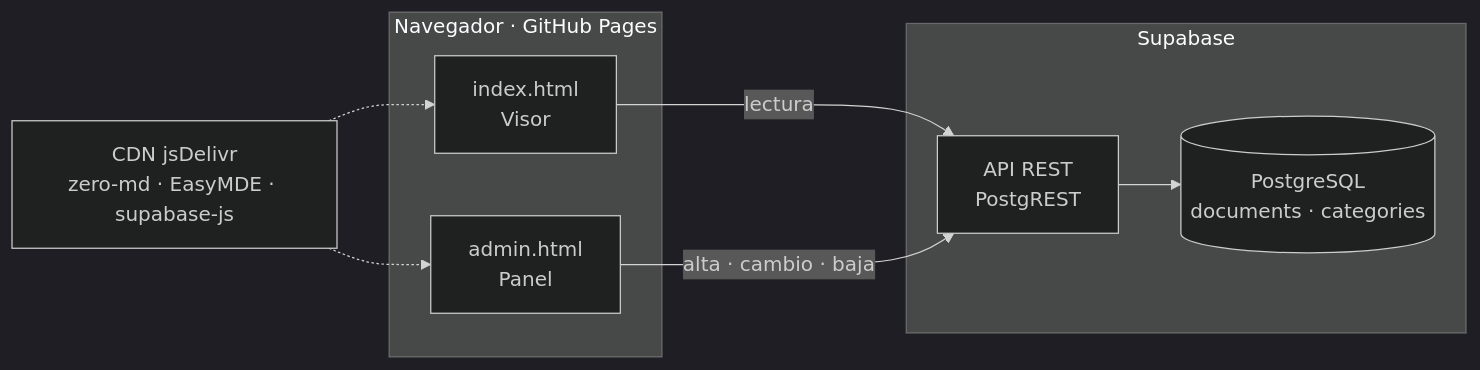
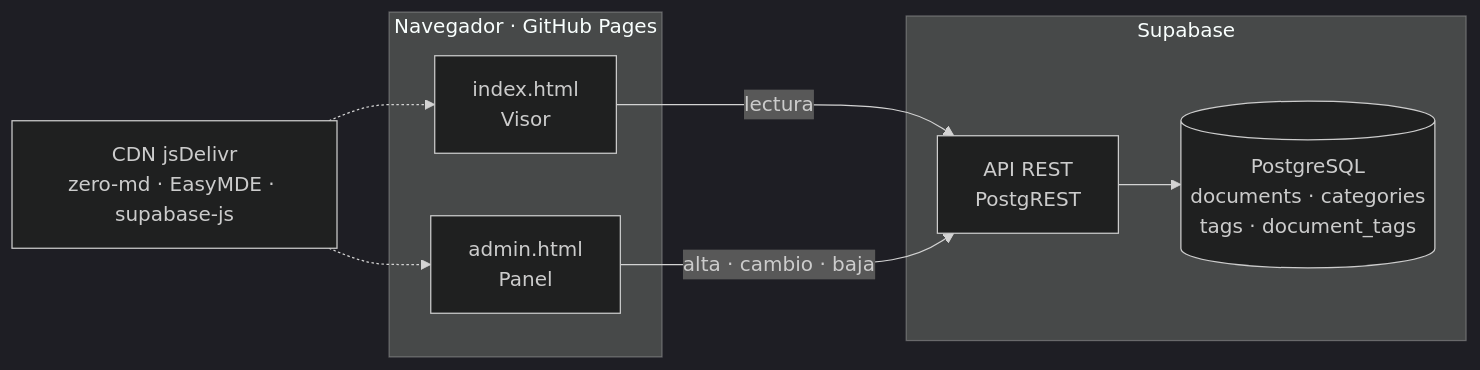
Before and after one commit to Bernardo-QG/codex-viewer: the diagram in README.es.md, drawn with Mermaid (dark theme). The commit also changed other lines of this file and 17 other files, not shown here.

Commit message:
feat(schema): agrega secciones anidadas, etiquetas, estado y resumen de documentos

````diff
--- a/README.es.md
+++ b/README.es.md
@@ -33,18 +36,18 @@
 ```mermaid
 flowchart LR
     subgraph Navegador["Navegador · GitHub Pages"]
         V["index.html<br/>Visor"]
         A["admin.html<br/>Panel"]
     end
     subgraph Supabase
         R["API REST<br/>PostgREST"]
-        DB[("PostgreSQL<br/>documents · categories")]
+        DB[("PostgreSQL<br/>documents · categories<br/>tags · document_tags")]
     end
     CDN["CDN jsDelivr<br/>zero-md · EasyMDE · supabase-js"]
 
     V -- "lectura" --> R
     A -- "alta · cambio · baja" --> R
     R --> DB
     CDN -.-> V
     CDN -.-> A
 ```
````
